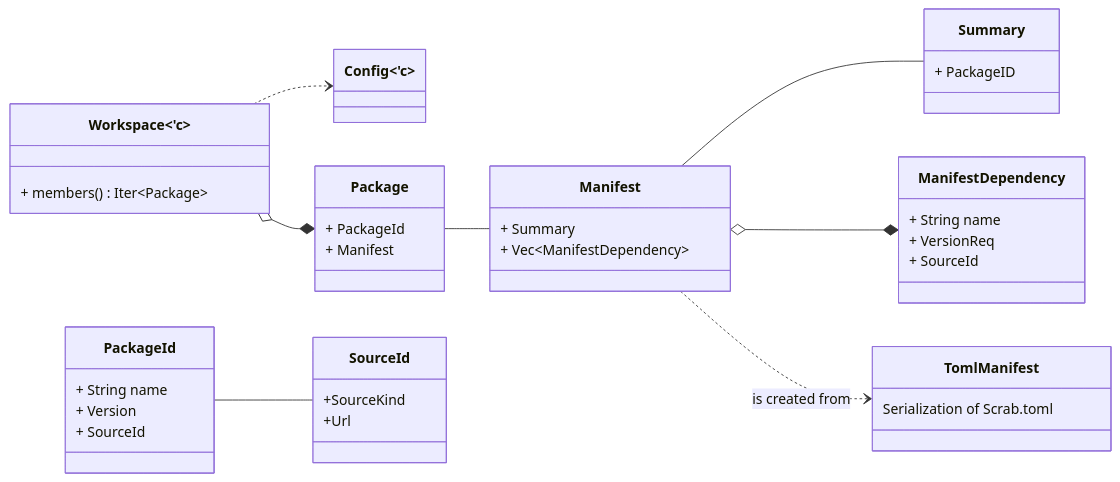
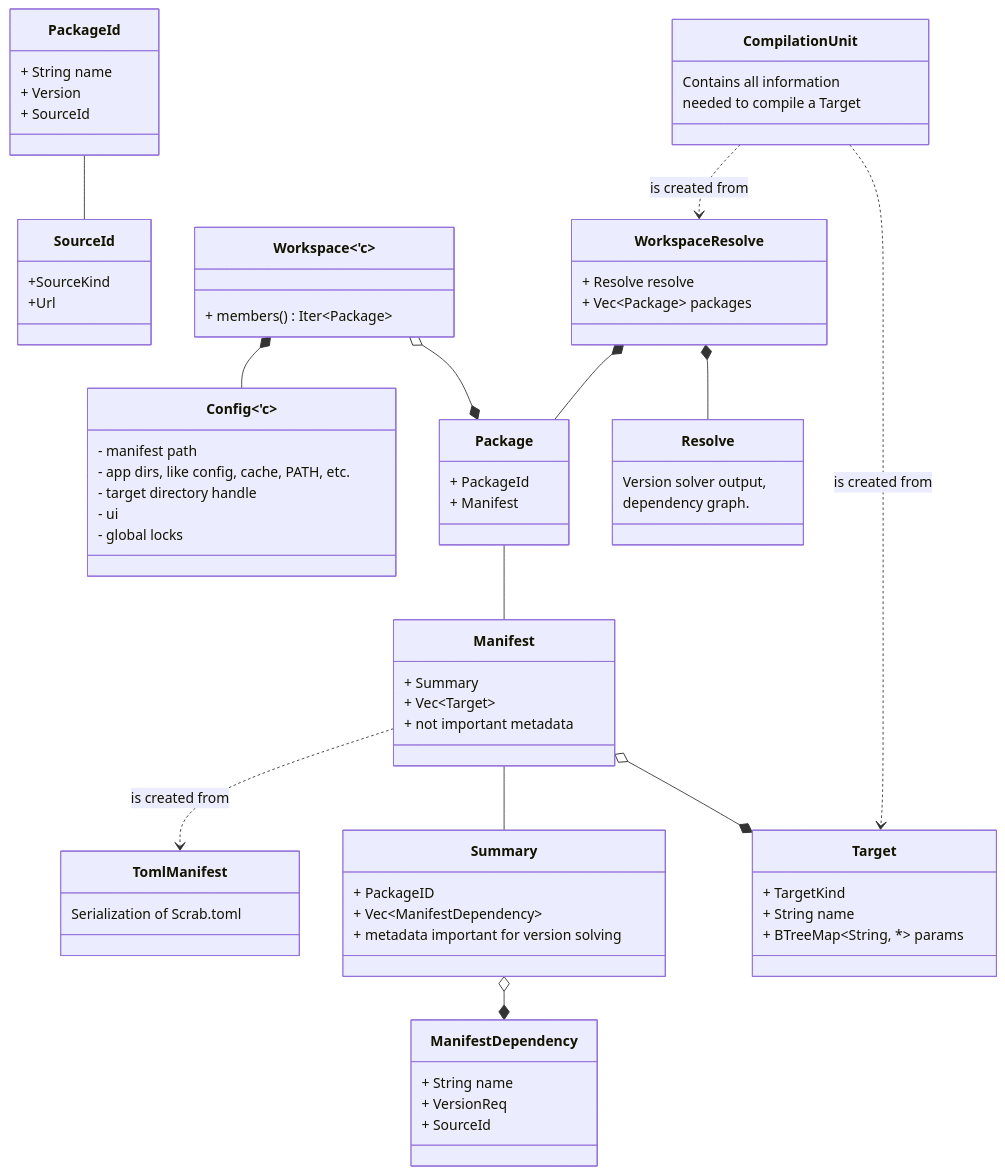
The second of 2 diagrams in ARCHITECTURE.md (software-mansion/scarb), drawn with Mermaid before and after one commit. The commit also changed other lines of this file, not shown here.

````diff
--- a/ARCHITECTURE.md
+++ b/ARCHITECTURE.md
@@ -45,46 +45,76 @@
 ```mermaid
 classDiagram
-    direction LR
-    class Config~'c~
-    class Workspace~'c~ {
-        + members() Iter~Package~
-    }
-    class Package {
-        + PackageId
-        + Manifest
-    }
-    class Manifest {
-        + Summary
-        + Vec~ManifestDependency~
-    }
-    class Summary {
-        + PackageID
-    }
-    class ManifestDependency {
-        + String name
-        + VersionReq
-        + SourceId
-    }
     class PackageId {
         + String name
         + Version
         + SourceId
     }
     class SourceId {
         +SourceKind
         +Url
     }
     class TomlManifest {
         Serialization of Scrab.toml
     }
+    class Config~'c~ {
+        - manifest path
+        - app dirs, like config, cache, PATH, etc.
+        - target directory handle
+        - ui
+        - global locks
+    }
+    class Workspace~'c~ {
+        + members() Iter~Package~
+    }
+    class Package {
+        + PackageId
+        + Manifest
+    }
+    class Manifest {
+        + Summary
+        + Vec~Target~
+        + not important metadata
+    }
+    class Summary {
+        + PackageID
+        + Vec~ManifestDependency~
+        + metadata important for version solving
+    }
+    class ManifestDependency {
+        + String name
+        + VersionReq
+        + SourceId
+    }
+    class Target {
+        + TargetKind
+        + String name
+        + BTreeMap~String, *~ params
+    }
+    class CompilationUnit {
+        Contains all information
+        needed to compile a Target
+    }
+    class Resolve {
+        Version solver output,
+        dependency graph.
+    }
+    class WorkspaceResolve {
+        + Resolve resolve
+        + Vec~Package~ packages
+    }
 
-    Workspace~'c~ ..> Config~'c~
+    Workspace~'c~ *-- Config~'c~
     Workspace~'c~ o-- * Package
     Package -- Manifest
     Manifest -- Summary
-    Manifest o-- * ManifestDependency
+    Manifest o-- * Target
+    Summary o-- * ManifestDependency
     %% Package .. PackageId
     %% ManifestDependency .. SourceId
     PackageId -- SourceId
     Manifest ..> TomlManifest : is created from
+    WorkspaceResolve *-- Resolve
+    WorkspaceResolve *-- Package
+    CompilationUnit ..> WorkspaceResolve : is created from
+    CompilationUnit ..> Target : is created from
 ```
````
